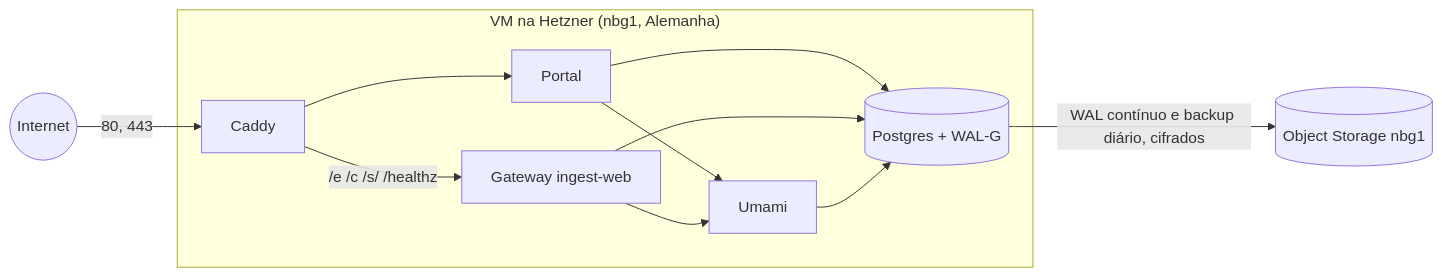
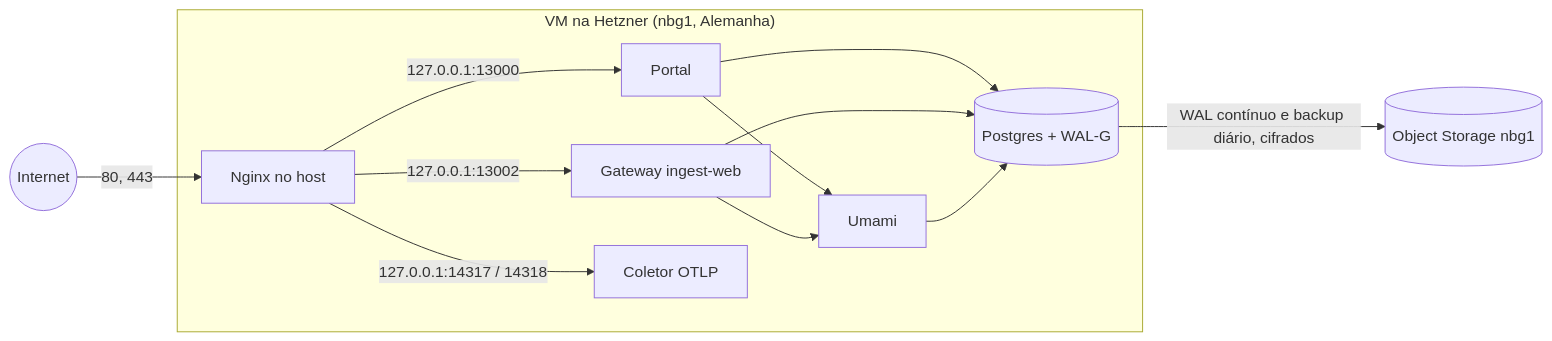
One commit to manucadev81/stellytics changed the diagram in docs/deploy.md. Above: the diagram before and after it, drawn with Mermaid. The commit also changed other lines of this file and 79 other files, not shown here.

Commit message:
feat(infra): move production proxy to host Nginx

````diff
--- a/docs/deploy.md
+++ b/docs/deploy.md
@@ -9,14 +9,15 @@
 ```mermaid
 flowchart LR
-  internet((Internet)) -->|80, 443| caddy
+  internet((Internet)) -->|80, 443| nginx[Nginx no host]
   subgraph vm["VM na Hetzner (nbg1, Alemanha)"]
-    caddy[Caddy] --> portal[Portal]
-    caddy -->|/e /c /s/ /healthz| gw[Gateway ingest-web]
+    nginx -->|127.0.0.1:13000| portal[Portal]
+    nginx -->|127.0.0.1:13002| gw[Gateway ingest-web]
+    nginx -->|127.0.0.1:14317 / 14318| collector[Coletor OTLP]
     portal --> umami[Umami]
     gw --> umami
     portal --> pg[(Postgres + WAL-G)]
     gw --> pg
     umami --> pg
   end
   pg -->|WAL contínuo e backup diário, cifrados| s3[(Object Storage nbg1)]
 ```
````
